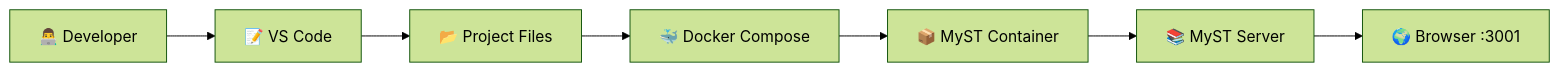
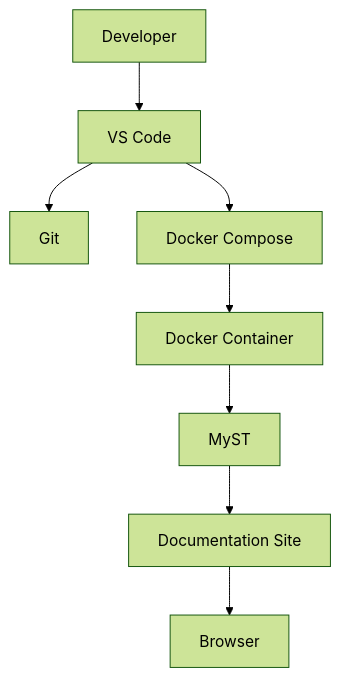
One commit to YoniAfengar/myst-docs-platform changed the diagram in docs/architecture.md. Above: the diagram before and after it, drawn with Mermaid (forest theme). The commit also changed other lines of this file, not shown here.

Commit message:
docs: improve architecture documentation

````diff
--- a/docs/architecture.md
+++ b/docs/architecture.md
@@ -13,15 +9,17 @@
 ```mermaid
-flowchart LR
+flowchart TD
 
-Developer["👨‍💻 Developer"] --> VSCode["📝 VS Code"]
+A[Developer] --> B[VS Code]
 
-VSCode --> Files["📂 Project Files"]
+B --> C[Git]
 
-Files --> Docker["🐳 Docker Compose"]
+B --> D[Docker Compose]
 
-Docker --> Container["📦 MyST Container"]
+D --> E[Docker Container]
 
-Container --> MyST["📚 MyST Server"]
+E --> F[MyST]
 
-MyST --> Browser["🌍 Browser :3001"]
+F --> G[Documentation Site]
+
+G --> H[Browser]
 ```
````
